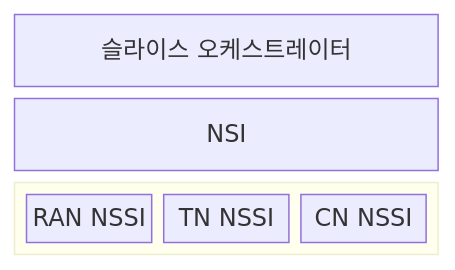
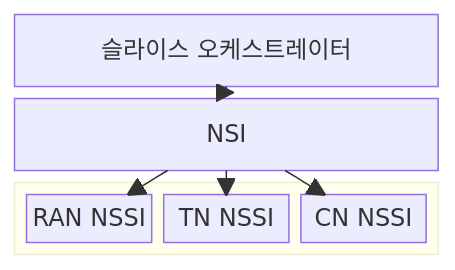
Before and after one commit to agnusdei1207/knowledge-base: the first of 2 diagrams in src/content/docs/notes/04-network/076_network_slice_resource_management.md, drawn with Mermaid. The commit also changed other lines of this file and 20 other files, not shown here.

````diff
--- a/src/content/docs/notes/04-network/076_network_slice_resource_management.md
+++ b/src/content/docs/notes/04-network/076_network_slice_resource_management.md
@@ -55,12 +60,16 @@
 ```mermaid
 block-beta
     columns 1
     ORCH["슬라이스 오케스트레이터"]
     NSI["NSI"]
     block:DOMAINS
         columns 3
         RAN["RAN NSSI"]
         TN["TN NSSI"]
         CN["CN NSSI"]
     end
+    ORCH --> NSI
+    NSI --> RAN
+    NSI --> TN
+    NSI --> CN
 ```
````
